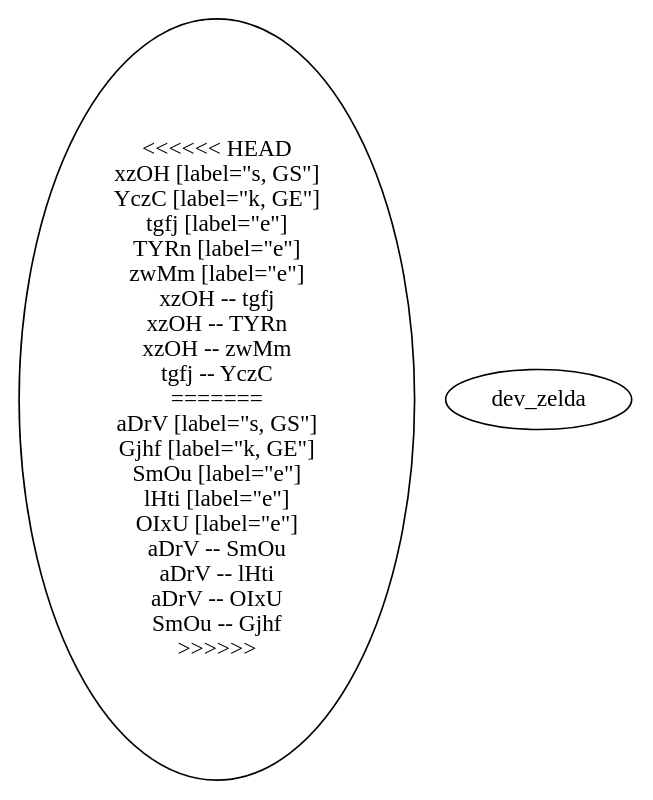
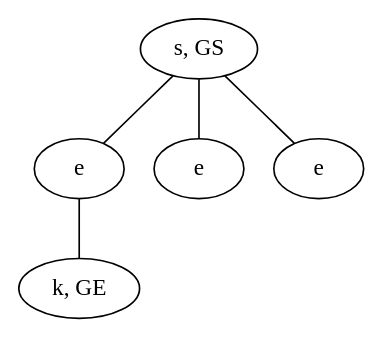
Before and after one commit to schrum2/MM-NEAT: the diagram in data/VGLC/Zelda/rules/1/4_S-K.dot, drawn with Graphviz. The commit also changed 24 other files, not shown here.

```diff
--- a/data/VGLC/Zelda/rules/1/4_S-K.dot
+++ b/data/VGLC/Zelda/rules/1/4_S-K.dot
@@ -1,23 +1,11 @@
 graph {
-<<<<<<< HEAD
-xzOH [label="s, GS"]
-YczC [label="k, GE"]
-tgfj [label="e"]
-TYRn [label="e"]
-zwMm [label="e"]
-xzOH -- tgfj
-xzOH -- TYRn
-xzOH -- zwMm
-tgfj -- YczC
-=======
-aDrV [label="s, GS"]
-Gjhf [label="k, GE"]
-SmOu [label="e"]
-lHti [label="e"]
-OIxU [label="e"]
-aDrV -- SmOu
-aDrV -- lHti
-aDrV -- OIxU
-SmOu -- Gjhf
->>>>>>> dev_zelda
+VOyq [label="s, GS"]
+zIDe [label="k, GE"]
+lkzN [label="e"]
+Hebb [label="e"]
+KpsA [label="e"]
+VOyq -- lkzN
+VOyq -- Hebb
+VOyq -- KpsA
+lkzN -- zIDe
 }
```
